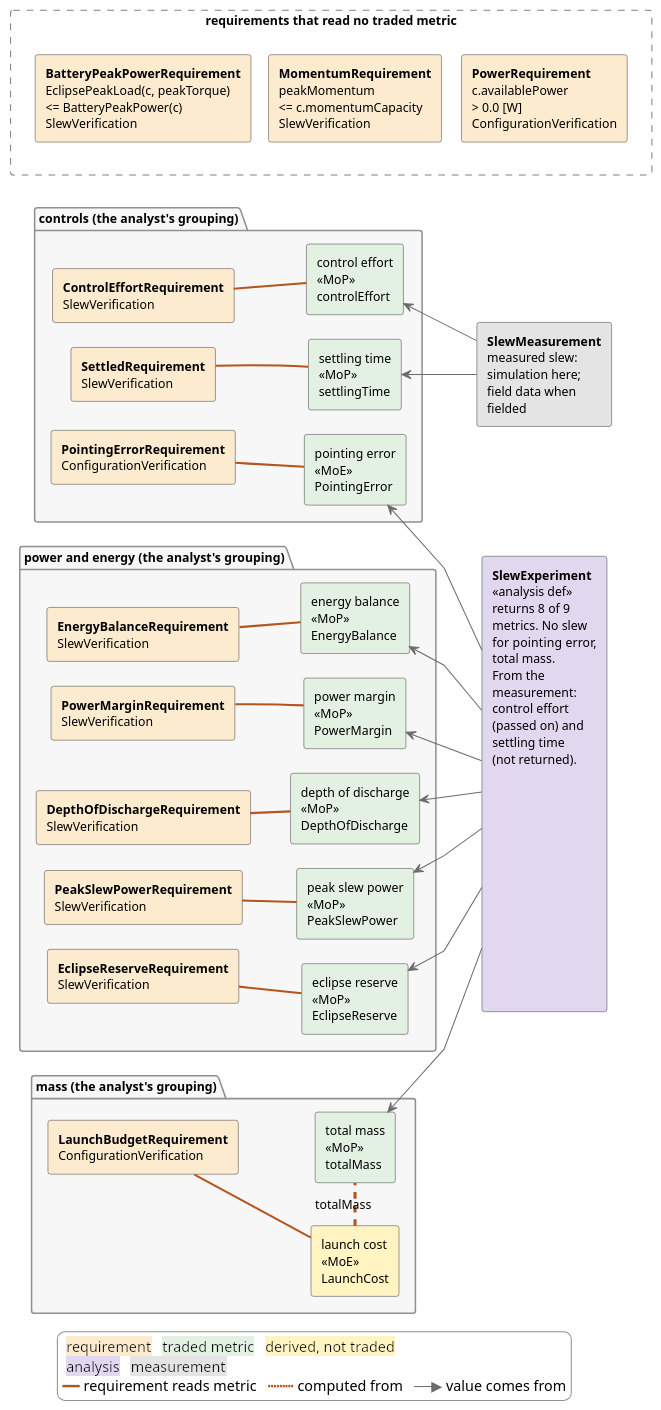
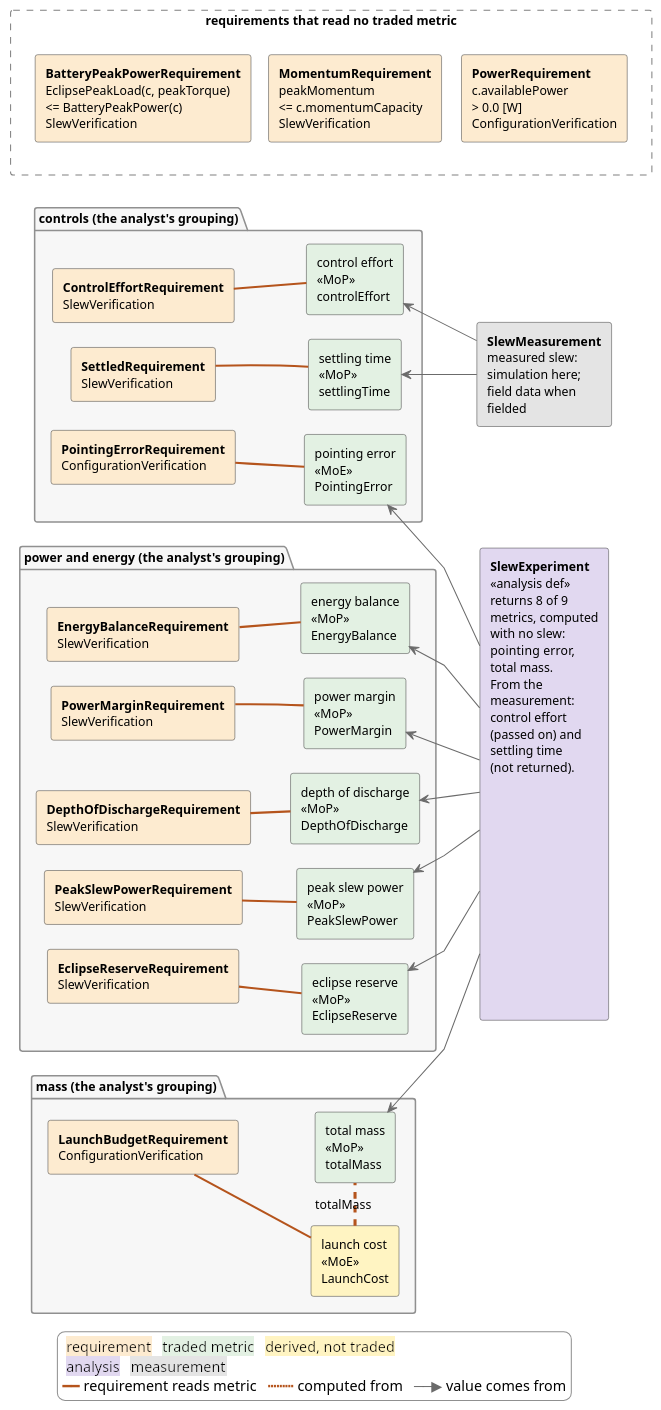
The diagram in examples/adcs/model_v2/views/behavioural_view.puml (DynamicalSystemsGroup/hyperbolic-trade-space), drawn with PlantUML before and after one commit. The commit also changed 5 other files, not shown here.

First line of the commit message:
WP23 behavioural view revision 8 (G3r7-P3-2): the analysis box says pointing error and total mass are returned, computed with no slew

```diff
--- a/examples/adcs/model_v2/views/behavioural_view.puml
+++ b/examples/adcs/model_v2/views/behavioural_view.puml
@@ -1,102 +1,102 @@
 @startuml
 left to right direction
 skinparam linetype polyline
 skinparam shadowing false
 skinparam defaultFontName SansSerif
 skinparam defaultFontSize 12
 skinparam ClassBackgroundColor white
 skinparam ClassBorderColor #404040
 skinparam ClassAttributeIconSize 0
 skinparam ArrowColor #404040
 skinparam RectangleBackgroundColor white
 skinparam RectangleBorderColor #404040
 skinparam PackageBackgroundColor #F7F7F7
 skinparam PackageBorderColor #909090
 skinparam LegendBackgroundColor white
 skinparam LegendBorderColor #909090
 skinparam nodesep 24
 skinparam ranksep 12
 hide circle
 hide empty members
 
 scale 700 width
 
 package "controls (the analyst's grouping)" {
   rectangle "**SettledRequirement**\nSlewVerification" as xSettledrequirement #FDEBD0
   rectangle "**ControlEffortRequirement**\nSlewVerification" as xControleffortrequirement #FDEBD0
   rectangle "**PointingErrorRequirement**\nConfigurationVerification" as xPointingerrorrequirement #FDEBD0
   rectangle "settling time\n<<MoP>>\nsettlingTime" as xSettlingTime #E3F1E3
   rectangle "control effort\n<<MoP>>\ncontrolEffort" as xControlEffort #E3F1E3
   rectangle "pointing error\n<<MoE>>\nPointingError" as xPointingError #E3F1E3
 }
 xSettledrequirement -[hidden]right-> xControleffortrequirement
 xControleffortrequirement -[hidden]right-> xPointingerrorrequirement
 xSettlingTime -[hidden]right-> xControlEffort
 xControlEffort -[hidden]right-> xPointingError
 xSettledrequirement -[hidden]-> xSettlingTime
 package "power and energy (the analyst's grouping)" {
   rectangle "**PowerMarginRequirement**\nSlewVerification" as xPowermarginrequirement #FDEBD0
   rectangle "**EnergyBalanceRequirement**\nSlewVerification" as xEnergybalancerequirement #FDEBD0
   rectangle "**EclipseReserveRequirement**\nSlewVerification" as xEclipsereserverequirement #FDEBD0
   rectangle "**PeakSlewPowerRequirement**\nSlewVerification" as xPeakslewpowerrequirement #FDEBD0
   rectangle "**DepthOfDischargeRequirement**\nSlewVerification" as xDepthofdischargerequirement #FDEBD0
   rectangle "power margin\n<<MoP>>\nPowerMargin" as xPowerMargin #E3F1E3
   rectangle "energy balance\n<<MoP>>\nEnergyBalance" as xEnergyBalance #E3F1E3
   rectangle "eclipse reserve\n<<MoP>>\nEclipseReserve" as xEclipseReserve #E3F1E3
   rectangle "peak slew power\n<<MoP>>\nPeakSlewPower" as xPeakSlewPower #E3F1E3
   rectangle "depth of discharge\n<<MoP>>\nDepthOfDischarge" as xDepthOfDischarge #E3F1E3
 }
 xPowermarginrequirement -[hidden]right-> xEnergybalancerequirement
 xEnergybalancerequirement -[hidden]right-> xEclipsereserverequirement
 xEclipsereserverequirement -[hidden]right-> xPeakslewpowerrequirement
 xPeakslewpowerrequirement -[hidden]right-> xDepthofdischargerequirement
 xPowerMargin -[hidden]right-> xEnergyBalance
 xEnergyBalance -[hidden]right-> xEclipseReserve
 xEclipseReserve -[hidden]right-> xPeakSlewPower
 xPeakSlewPower -[hidden]right-> xDepthOfDischarge
 xPowermarginrequirement -[hidden]-> xPowerMargin
 package "mass (the analyst's grouping)" {
   rectangle "**LaunchBudgetRequirement**\nConfigurationVerification" as xLaunchbudgetrequirement #FDEBD0
   rectangle "launch cost\n<<MoE>>\nLaunchCost" as xLaunchcost #FFF4C2
   rectangle "total mass\n<<MoP>>\ntotalMass" as xTotalMass #E3F1E3
 }
 xLaunchbudgetrequirement -[hidden]-> xTotalMass
 rectangle "requirements that read no traded metric" as xNoLine #FFFFFF;line:gray;line.dashed {
   rectangle "**BatteryPeakPowerRequirement**\nEclipsePeakLoad(c, peakTorque)\n<= BatteryPeakPower(c)\nSlewVerification" as xBatterypeakpowerrequirement #FDEBD0
   rectangle "**MomentumRequirement**\npeakMomentum\n<= c.momentumCapacity\nSlewVerification" as xMomentumrequirement #FDEBD0
   rectangle "**PowerRequirement**\nc.availablePower\n> 0.0 [W]\nConfigurationVerification" as xPowerrequirement #FDEBD0
   xBatterypeakpowerrequirement -[hidden]-> xMomentumrequirement
   xMomentumrequirement -[hidden]-> xPowerrequirement
 }
 xLaunchbudgetrequirement -[hidden]right-> xNoLine
 
-rectangle "**SlewExperiment**\n<<analysis def>>\nreturns 8 of 9\nmetrics. No slew\nfor pointing error,\ntotal mass.\nFrom the\nmeasurement:\ncontrol effort\n(passed on) and\nsettling time\n(not returned).\n\n\n\n\n\n\n\n\n\n\n\n\n\n" as xAnalysis #E1D8F0
+rectangle "**SlewExperiment**\n<<analysis def>>\nreturns 8 of 9\nmetrics, computed\nwith no slew:\npointing error,\ntotal mass.\nFrom the\nmeasurement:\ncontrol effort\n(passed on) and\nsettling time\n(not returned).\n\n\n\n\n\n\n\n\n\n\n\n\n\n" as xAnalysis #E1D8F0
 rectangle "**SlewMeasurement**\nmeasured slew:\nsimulation here;\nfield data when\nfielded" as xMeasure #E4E4E4
 xMeasure -[hidden]right-> xAnalysis
 
 xControleffortrequirement -[#B5541C,thickness=2]- xControlEffort
 xDepthofdischargerequirement -[#B5541C,thickness=2]- xDepthOfDischarge
 xEclipsereserverequirement -[#B5541C,thickness=2]- xEclipseReserve
 xEnergybalancerequirement -[#B5541C,thickness=2]- xEnergyBalance
 xLaunchbudgetrequirement -[#B5541C,thickness=2]- xLaunchcost
 xLaunchcost -[#B5541C,dashed,thickness=3]right- xTotalMass : totalMass
 xPeakslewpowerrequirement -[#B5541C,thickness=2]- xPeakSlewPower
 xPointingerrorrequirement -[#B5541C,thickness=2]- xPointingError
 xPowermarginrequirement -[#B5541C,thickness=2]- xPowerMargin
 xSettledrequirement -[#B5541C,thickness=2]- xSettlingTime
 xSettlingTime <-[#6B6B6B]- xMeasure
 xPointingError <-[#6B6B6B]- xAnalysis
 xTotalMass <-[#6B6B6B]- xAnalysis
 xControlEffort <-[#6B6B6B]- xMeasure
 xPowerMargin <-[#6B6B6B]- xAnalysis
 xEnergyBalance <-[#6B6B6B]- xAnalysis
 xEclipseReserve <-[#6B6B6B]- xAnalysis
 xPeakSlewPower <-[#6B6B6B]- xAnalysis
 xDepthOfDischarge <-[#6B6B6B]- xAnalysis
 
 legend bottom
   <back:#FDEBD0> requirement </back> <back:#E3F1E3> traded metric </back> <back:#FFF4C2> derived, not traded </back>
   <back:#E1D8F0> analysis </back> <back:#E4E4E4> measurement </back>
   <color:#B5541C>━━</color> requirement reads metric   <color:#B5541C>┅┅┅</color> computed from   <color:#6B6B6B>──▶</color> value comes from
 end legend
 @enduml
```
